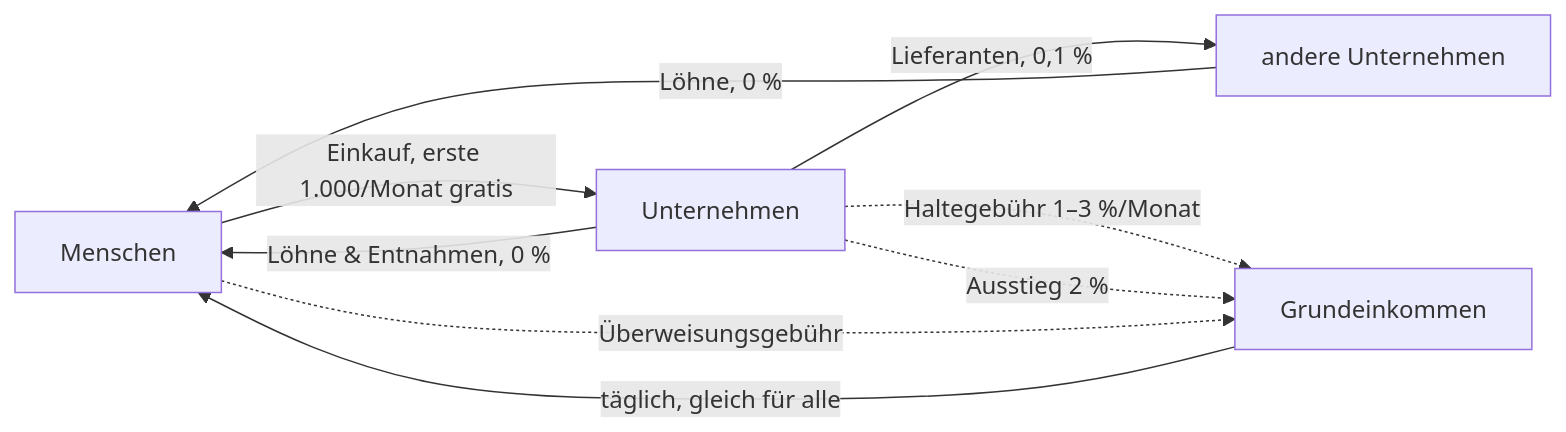
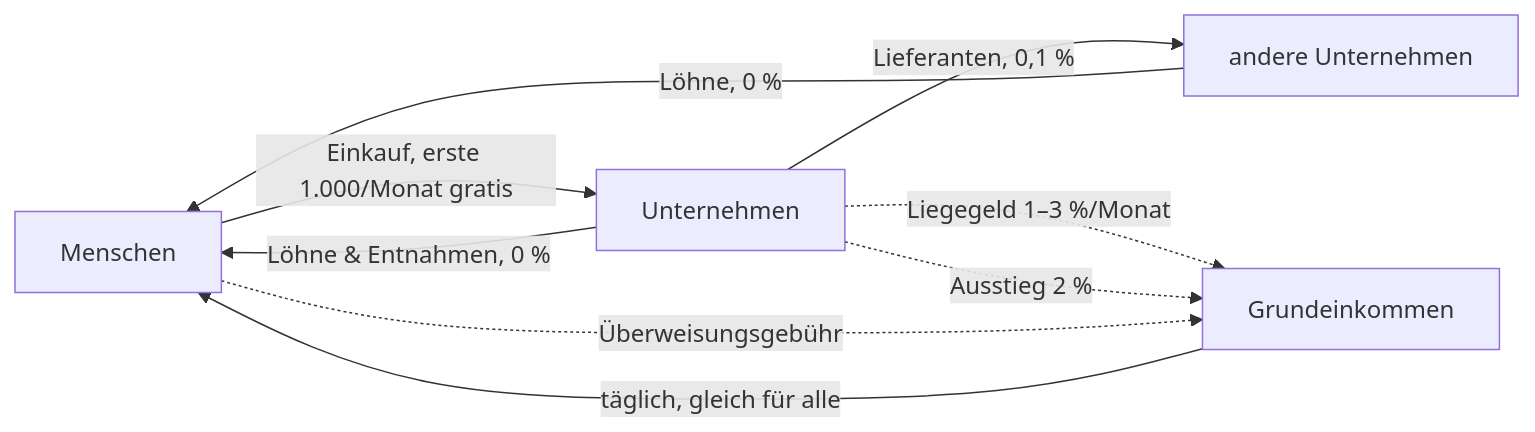
The diagram in docs/UNTERNEHMEN_KONZEPT.md (hanoi96international-gif/Aequitas), drawn with Mermaid before and after one commit. The commit also changed other lines of this file, not shown here.

First line of the commit message:
docs(unternehmen): Liegegeld nach Alter des Geldes schliesst die Kreis-Luecken

````diff
--- a/docs/UNTERNEHMEN_KONZEPT.md
+++ b/docs/UNTERNEHMEN_KONZEPT.md
@@ -262,11 +286,11 @@
 ```mermaid
 flowchart LR
     M[Menschen] -- Einkauf, erste 1.000/Monat gratis --> U[Unternehmen]
     U -- Löhne & Entnahmen, 0 % --> M
     U -- Lieferanten, 0,1 % --> U2[andere Unternehmen]
     U2 -- Löhne, 0 % --> M
-    U -. Haltegebühr 1–3 %/Monat .-> G[Grundeinkommen]
+    U -. Liegegeld 1–3 %/Monat .-> G[Grundeinkommen]
     U -. Ausstieg 2 % .-> G
     M -. Überweisungsgebühr .-> G
     G -- täglich, gleich für alle --> M
 ```
````
